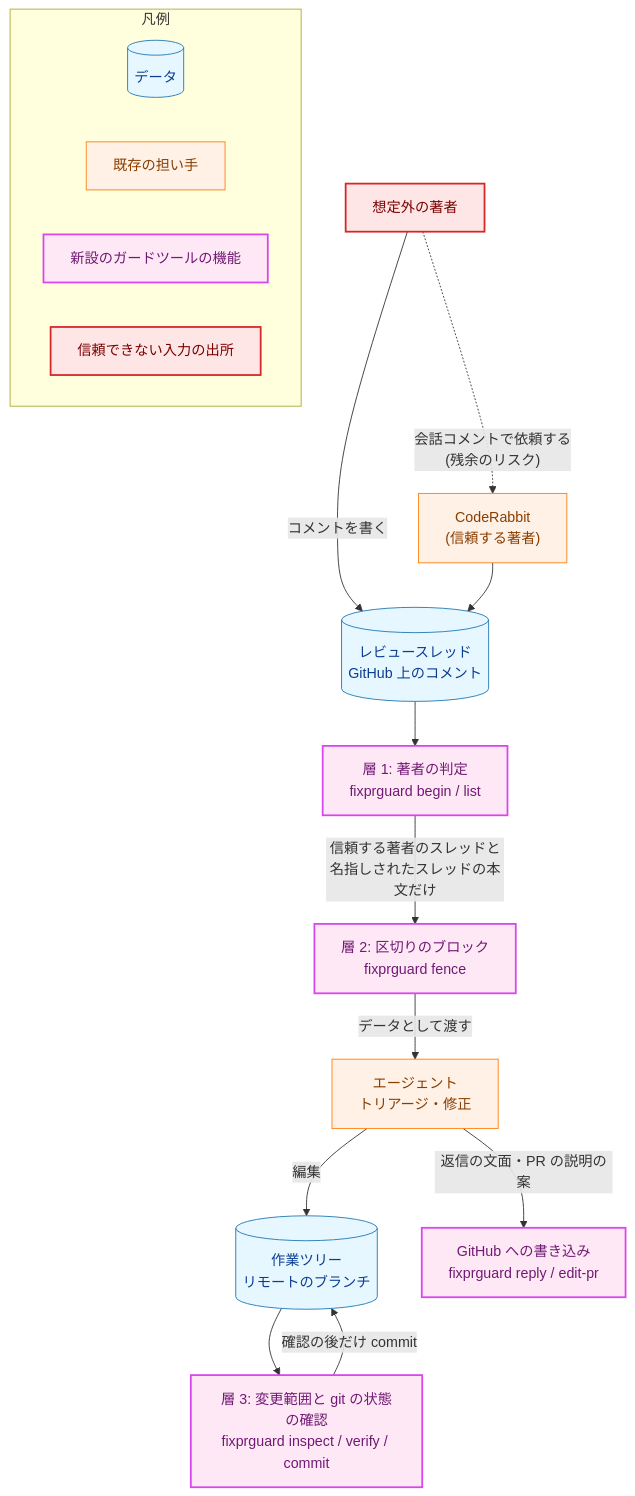
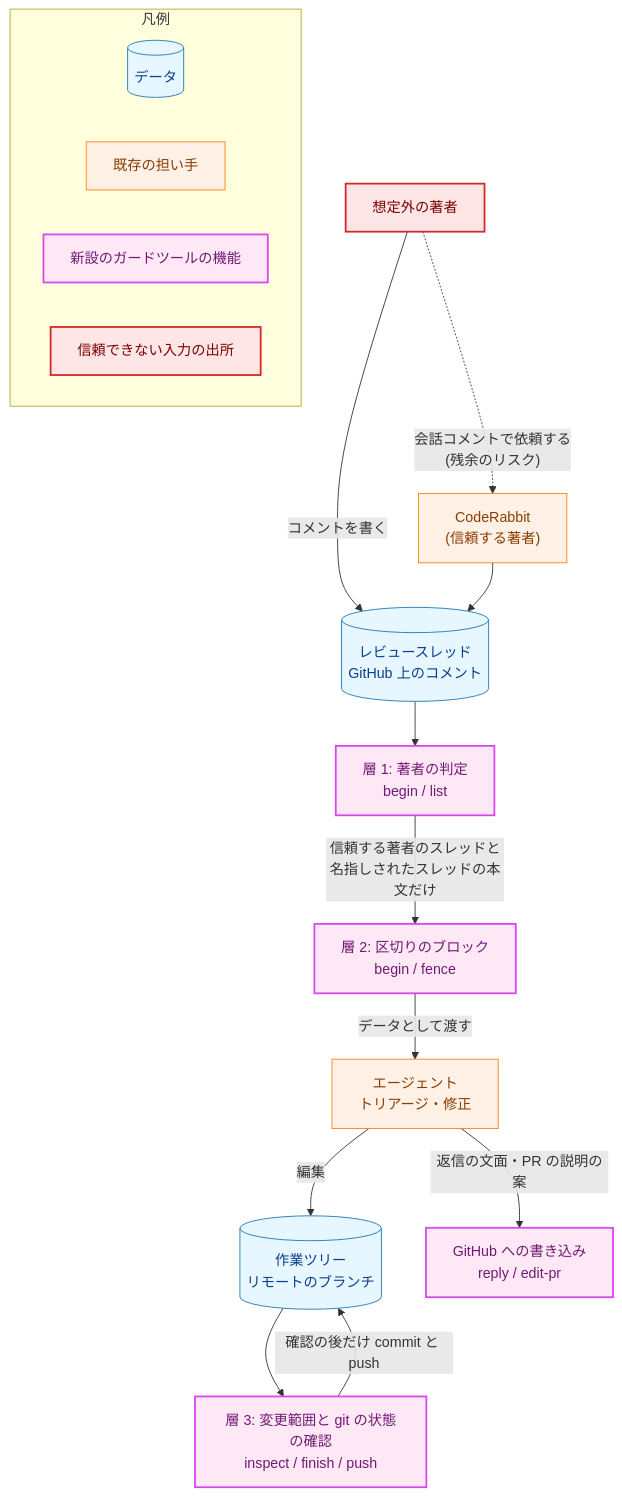
The first of 7 diagrams in docs/tasks/0030_fixpr_untrusted_threads/02_architecture.md (isseis/yt2column), drawn with Mermaid before and after one commit. The commit also changed other lines of this file, not shown here.

First line of the commit message:
docs(0030): revise the architecture after panel review and prose pass

````diff
--- a/docs/tasks/0030_fixpr_untrusted_threads/02_architecture.md
+++ b/docs/tasks/0030_fixpr_untrusted_threads/02_architecture.md
@@ -74,45 +91,44 @@
 ```mermaid
 flowchart TD
     classDef data fill:#e6f7ff,stroke:#1f77b4,stroke-width:1px,color:#0b3d91;
     classDef process fill:#fff1e6,stroke:#ff7f0e,stroke-width:1px,color:#8a3e00;
-    classDef enhanced fill:#e8f5e8,stroke:#2e8b57,stroke-width:2px,color:#006400;
     classDef newpkg fill:#ffe8f5,stroke:#d946ef,stroke-width:2px,color:#701a75;
     classDef problem fill:#ffe6e6,stroke:#d62728,stroke-width:2px,color:#7b0000;
 
     OUT["想定外の著者"]
     CR["CodeRabbit<br>(信頼する著者)"]
     TH[("レビュースレッド<br>GitHub 上のコメント")]
-    L1["層 1: 著者の判定<br>fixprguard begin / list"]
-    L2["層 2: 区切りのブロック<br>fixprguard fence"]
+    L1["層 1: 著者の判定<br>begin / list"]
+    L2["層 2: 区切りのブロック<br>begin / fence"]
     AG["エージェント<br>トリアージ・修正"]
-    L3["層 3: 変更範囲と git の状態の確認<br>fixprguard inspect / verify / commit"]
+    L3["層 3: 変更範囲と git の状態の確認<br>inspect / finish / push"]
     WT[("作業ツリー<br>リモートのブランチ")]
-    SINK["GitHub への書き込み<br>fixprguard reply / edit-pr"]
+    SINK["GitHub への書き込み<br>reply / edit-pr"]
 
     OUT -->|"コメントを書く"| TH
     OUT -.->|"会話コメントで依頼する<br>(残余のリスク)"| CR
     CR --> TH
     TH --> L1
     L1 -->|"信頼する著者のスレッドと<br>名指しされたスレッドの本文だけ"| L2
     L2 -->|"データとして渡す"| AG
     AG -->|"編集"| WT
     WT --> L3
-    L3 -->|"確認の後だけ commit"| WT
+    L3 -->|"確認の後だけ commit と push"| WT
     AG -->|"返信の文面・PR の説明の案"| SINK
 
     class OUT problem
     class CR,AG process
     class TH,WT data
     class L1,L2,L3,SINK newpkg
 
     subgraph Legend["凡例"]
         LG1[("データ")]
         LG2["既存の担い手"]
         LG3["新設のガードツールの機能"]
         LG4["信頼できない入力の出所"]
     end
     class LG1 data
     class LG2 process
     class LG3 newpkg
     class LG4 problem
 ```
````
